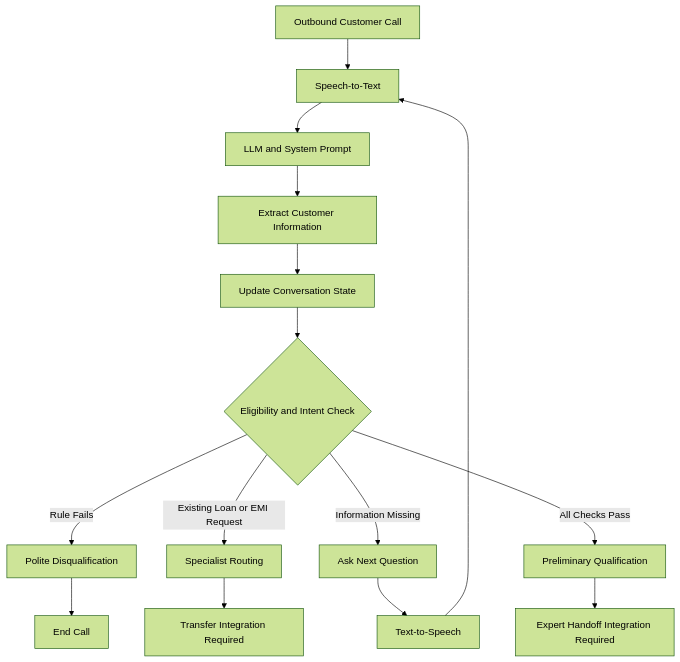
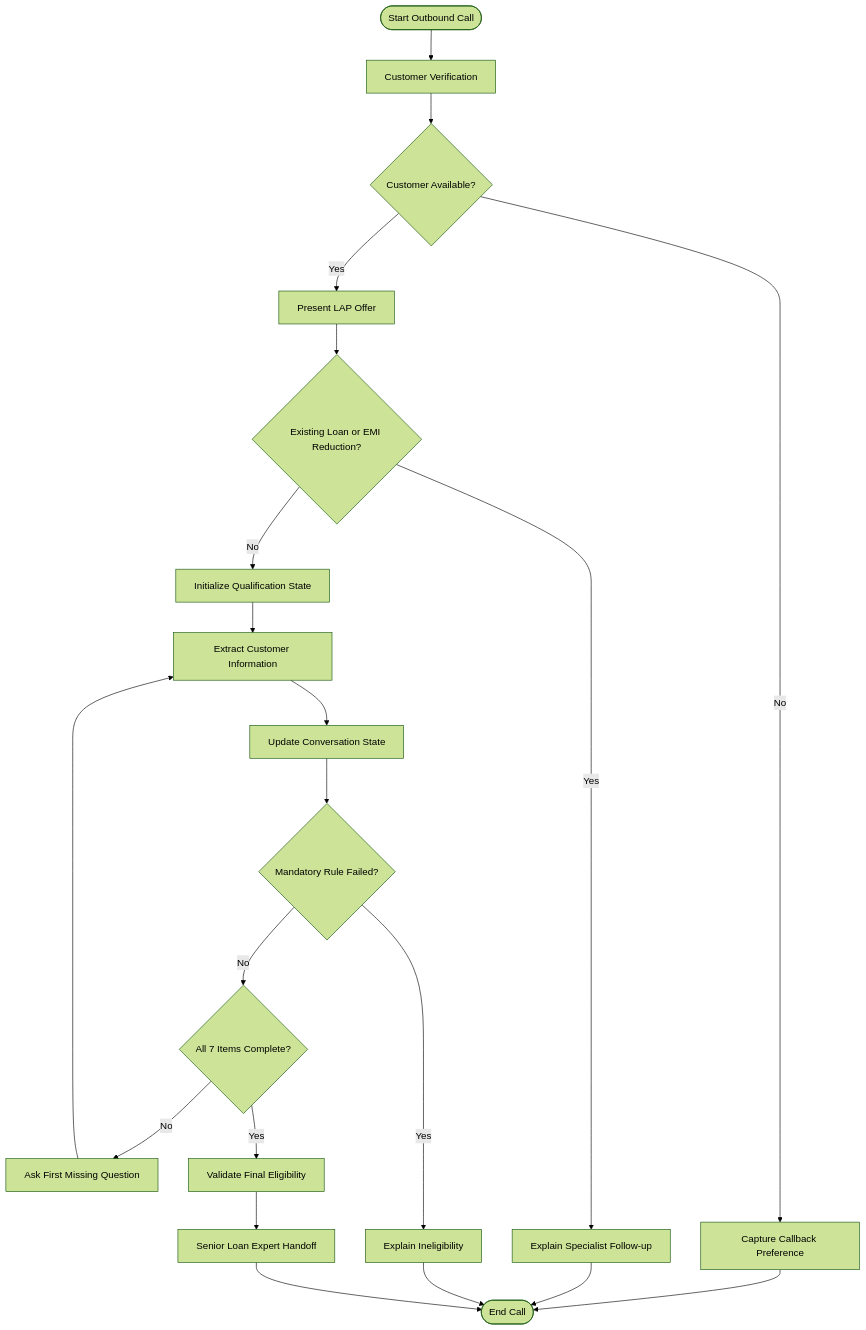
The diagram in README.md (bhavanaunaidu/Sales_Agent_ai_assignment-), drawn with Mermaid (forest theme) before and after one commit. The commit also changed other lines of this file, not shown here.

````diff
--- a/README.md
+++ b/README.md
@@ -899,20 +55,30 @@
 ```mermaid
 flowchart TD
-    A[Outbound Customer Call] --> B[Speech-to-Text]
-    B --> C[LLM and System Prompt]
-    C --> D[Extract Customer Information]
-    D --> E[Update Conversation State]
-    E --> F{Eligibility and Intent Check}
+    A([Start Outbound Call]) --> B[Customer Verification]
+    B --> C{Customer Available?}
 
-    F -->|Rule Fails| G[Polite Disqualification]
-    F -->|Existing Loan or EMI Request| H[Specialist Routing]
-    F -->|Information Missing| I[Ask Next Question]
-    F -->|All Checks Pass| J[Preliminary Qualification]
+    C -- No --> D[Capture Callback Preference]
+    D --> Z([End Call])
 
-    I --> K[Text-to-Speech]
-    K --> B
+    C -- Yes --> E[Present LAP Offer]
+    E --> F{Existing Loan or EMI Reduction?}
 
-    G --> L[End Call]
-    H --> M[Transfer Integration Required]
-    J --> N[Expert Handoff Integration Required]
+    F -- Yes --> G[Explain Specialist Follow-up]
+    G --> Z
+
+    F -- No --> H[Initialize Qualification State]
+    H --> I[Extract Customer Information]
+    I --> J[Update Conversation State]
+    J --> K{Mandatory Rule Failed?}
+
+    K -- Yes --> L[Explain Ineligibility]
+    L --> Z
+
+    K -- No --> M{All 7 Items Complete?}
+    M -- No --> N[Ask First Missing Question]
+    N --> I
+
+    M -- Yes --> O[Validate Final Eligibility]
+    O --> P[Senior Loan Expert Handoff]
+    P --> Z
 ```
````
